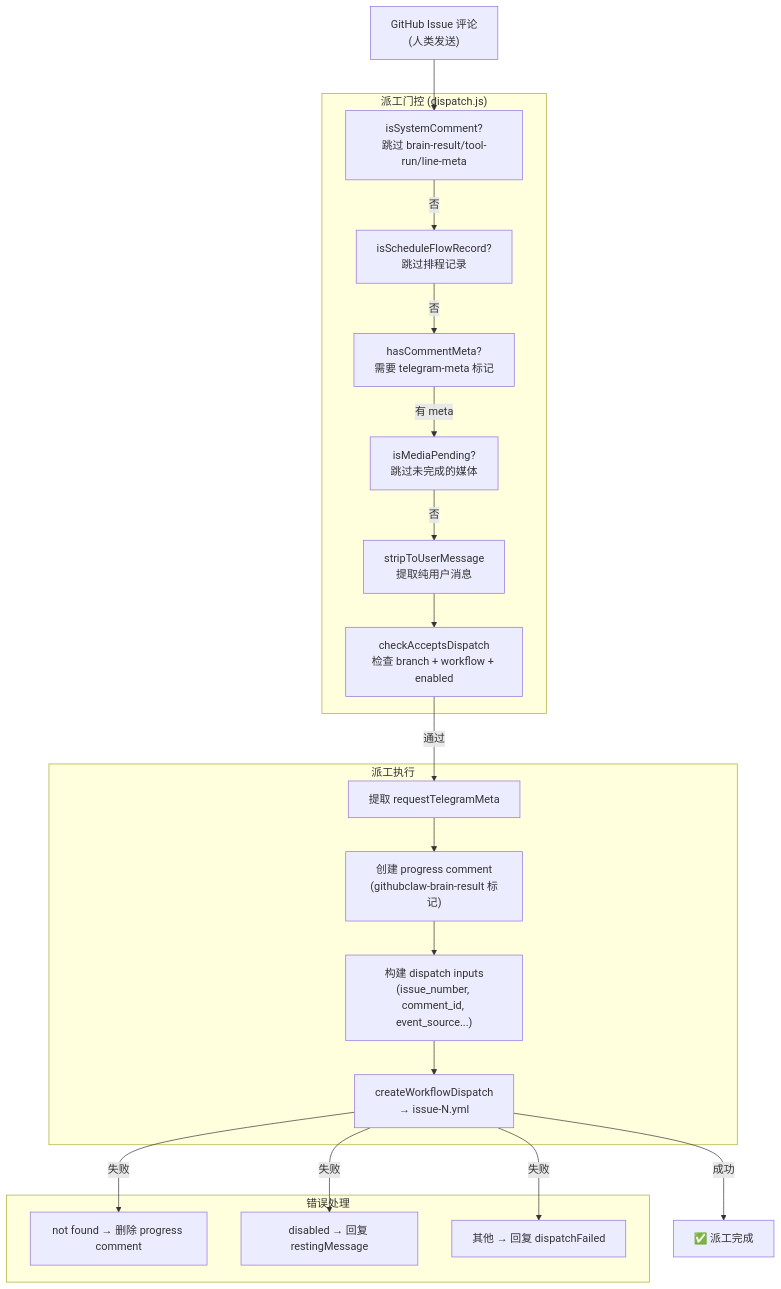
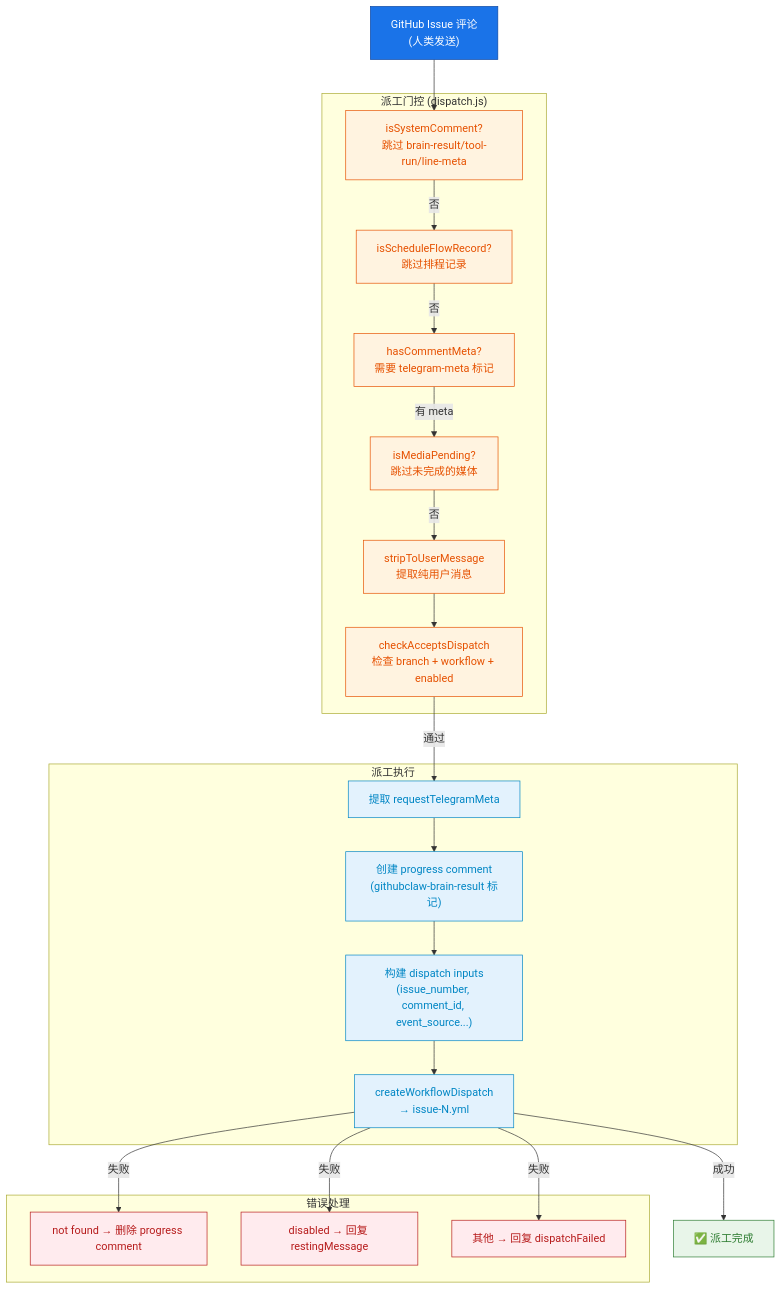
One commit to jeffsia-blacksmith/altShiftClawCore changed the fifth of 11 diagrams in src/ARCHITECTURE.md. Above: the diagram before and after it, drawn with Mermaid. The commit also changed other lines of this file, not shown here.

First line of the commit message:
docs: add color coding to all remaining mermaid charts

````diff
--- a/src/ARCHITECTURE.md
+++ b/src/ARCHITECTURE.md
@@ -276,31 +296,37 @@
 ```mermaid
 flowchart TB
-    COMMENT["GitHub Issue 评论<br/>(人类发送)"]
+    classDef input fill:#1a73e8,stroke:#0d47a1,color:#fff
+    classDef gate fill:#fff3e0,stroke:#e65100,color:#e65100
+    classDef exec fill:#e3f2fd,stroke:#0086c4,color:#0086c4
+    classDef ok fill:#e8f5e9,stroke:#2e7d32,color:#2e7d32
+    classDef err fill:#ffebee,stroke:#b71c1c,color:#b71c1c
+
+    COMMENT["GitHub Issue 评论<br/>(人类发送)"]:::input
 
     subgraph "派工门控 (dispatch.js)"
-        G1["isSystemComment?<br/>跳过 brain-result/tool-run/line-meta"]
-        G2["isScheduleFlowRecord?<br/>跳过排程记录"]
-        G3["hasCommentMeta?<br/>需要 telegram-meta 标记"]
-        G4["isMediaPending?<br/>跳过未完成的媒体"]
-        G5["stripToUserMessage<br/>提取纯用户消息"]
-        G6["checkAcceptsDispatch<br/>检查 branch + workflow + enabled"]
+        G1["isSystemComment?<br/>跳过 brain-result/tool-run/line-meta"]:::gate
+        G2["isScheduleFlowRecord?<br/>跳过排程记录"]:::gate
+        G3["hasCommentMeta?<br/>需要 telegram-meta 标记"]:::gate
+        G4["isMediaPending?<br/>跳过未完成的媒体"]:::gate
+        G5["stripToUserMessage<br/>提取纯用户消息"]:::gate
+        G6["checkAcceptsDispatch<br/>检查 branch + workflow + enabled"]:::gate
     end
 
     subgraph "派工执行"
-        D1["提取 requestTelegramMeta"]
-        D2["创建 progress comment<br/>(githubclaw-brain-result 标记)"]
-        D3["构建 dispatch inputs<br/>(issue_number, comment_id, event_source...)"]
-        D4["createWorkflowDispatch<br/>→ issue-N.yml"]
+        D1["提取 requestTelegramMeta"]:::exec
+        D2["创建 progress comment<br/>(githubclaw-brain-result 标记)"]:::exec
+        D3["构建 dispatch inputs<br/>(issue_number, comment_id, event_source...)"]:::exec
+        D4["createWorkflowDispatch<br/>→ issue-N.yml"]:::exec
     end
 
     subgraph "错误处理"
-        E1["not found → 删除 progress comment"]
-        E2["disabled → 回复 restingMessage"]
-        E3["其他 → 回复 dispatchFailed"]
+        E1["not found → 删除 progress comment"]:::err
+        E2["disabled → 回复 restingMessage"]:::err
+        E3["其他 → 回复 dispatchFailed"]:::err
     end
 
     COMMENT --> G1 -->|否| G2 -->|否| G3 -->|有 meta| G4 -->|否| G5 --> G6
     G6 -->|通过| D1 --> D2 --> D3 --> D4
-    D4 -->|成功| OK["✅ 派工完成"]
+    D4 -->|成功| OK["✅ 派工完成"]:::ok
     D4 -->|失败| E1 & E2 & E3
 ```
````
